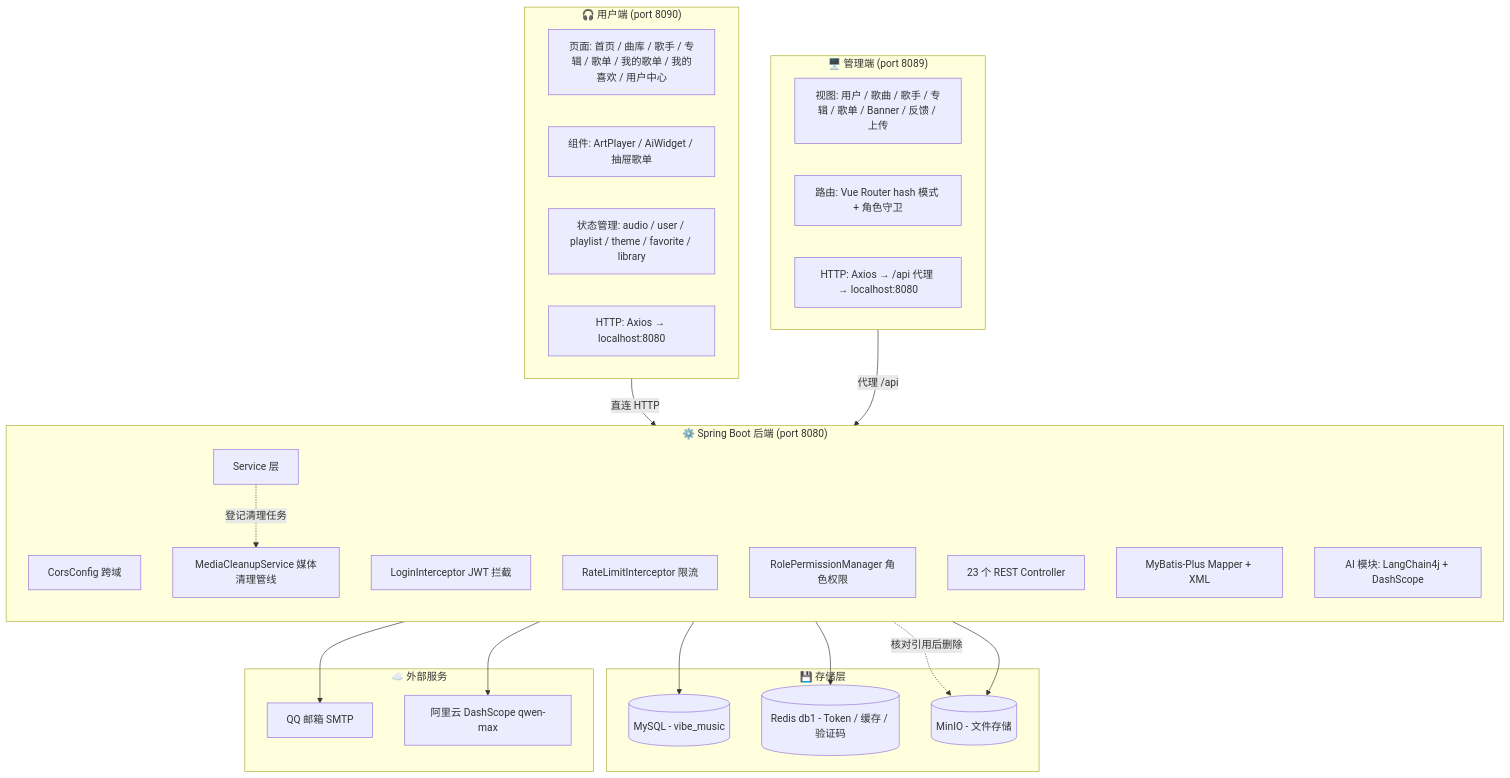
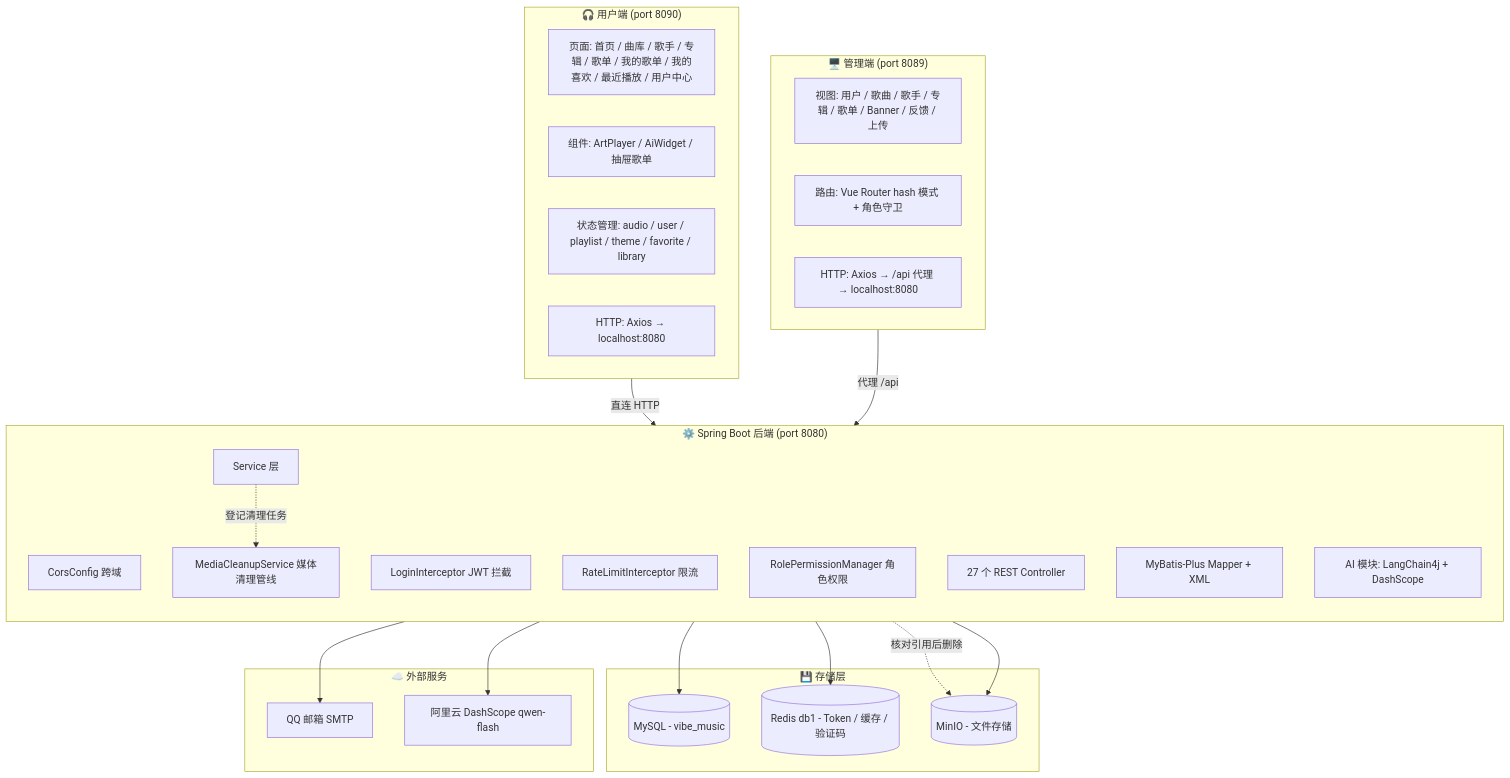
Before and after one commit to jakehatelov333/music: the first of 6 diagrams in README.md, drawn with Mermaid. The commit also changed other lines of this file and 1 other file, not shown here.

````diff
--- a/README.md
+++ b/README.md
@@ -20,49 +20,49 @@
 ```mermaid
 graph TB
     subgraph 用户端["🎧 用户端 (port 8090)"]
-        U_Pages[页面: 首页 / 曲库 / 歌手 / 专辑 / 歌单 / 我的歌单 / 我的喜欢 / 用户中心]
+        U_Pages[页面: 首页 / 曲库 / 歌手 / 专辑 / 歌单 / 我的歌单 / 我的喜欢 / 最近播放 / 用户中心]
         U_Components[组件: ArtPlayer / AiWidget / 抽屉歌单]
         U_Stores[状态管理: audio / user / playlist / theme / favorite / library]
         U_Axios[HTTP: Axios → localhost:8080]
     end
 
     subgraph 管理端["🖥️ 管理端 (port 8089)"]
         A_Views[视图: 用户 / 歌曲 / 歌手 / 专辑 / 歌单 / Banner / 反馈 / 上传]
         A_Router[路由: Vue Router hash 模式 + 角色守卫]
         A_API[HTTP: Axios → /api 代理 → localhost:8080]
     end
 
     subgraph 后端["⚙️ Spring Boot 后端 (port 8080)"]
         direction TB
         CORS[CorsConfig 跨域]
         JWT[LoginInterceptor JWT 拦截]
         Rate[RateLimitInterceptor 限流]
         Role[RolePermissionManager 角色权限]
-        Ctrl[23 个 REST Controller]
+        Ctrl[27 个 REST Controller]
         Service[Service 层]
         Clean[MediaCleanupService 媒体清理管线]
         Mapper[MyBatis-Plus Mapper + XML]
         AI[AI 模块: LangChain4j + DashScope]
     end
 
     subgraph 存储层["💾 存储层"]
         MySQL[(MySQL - vibe_music)]
         Redis[(Redis db1 - Token / 缓存 / 验证码)]
         MinIO[(MinIO - 文件存储)]
     end
 
     subgraph 外部服务["☁️ 外部服务"]
         QQ_Email[QQ 邮箱 SMTP]
-        DashScope[阿里云 DashScope qwen-max]
+        DashScope[阿里云 DashScope qwen-flash]
     end
 
     用户端 -->|直连 HTTP| 后端
     管理端 -->|代理 /api| 后端
     后端 --> MySQL
     后端 --> Redis
     后端 --> MinIO
     后端 --> QQ_Email
     AI --> DashScope
     Service -.登记清理任务.-> Clean
     Clean -.核对引用后删除.-> MinIO
 ```
````
